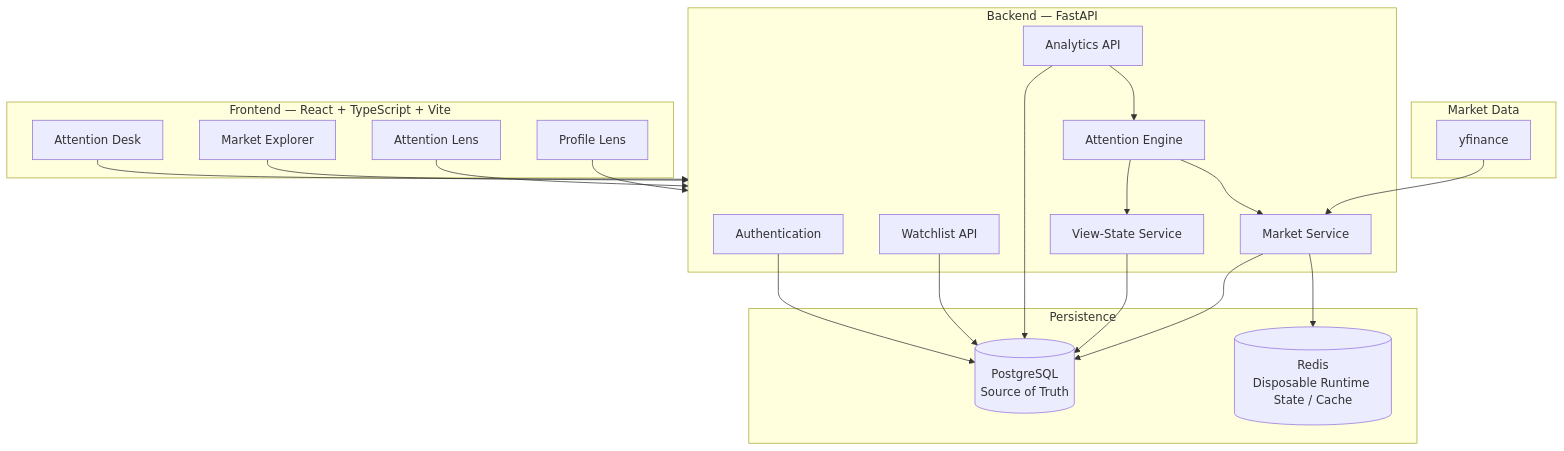
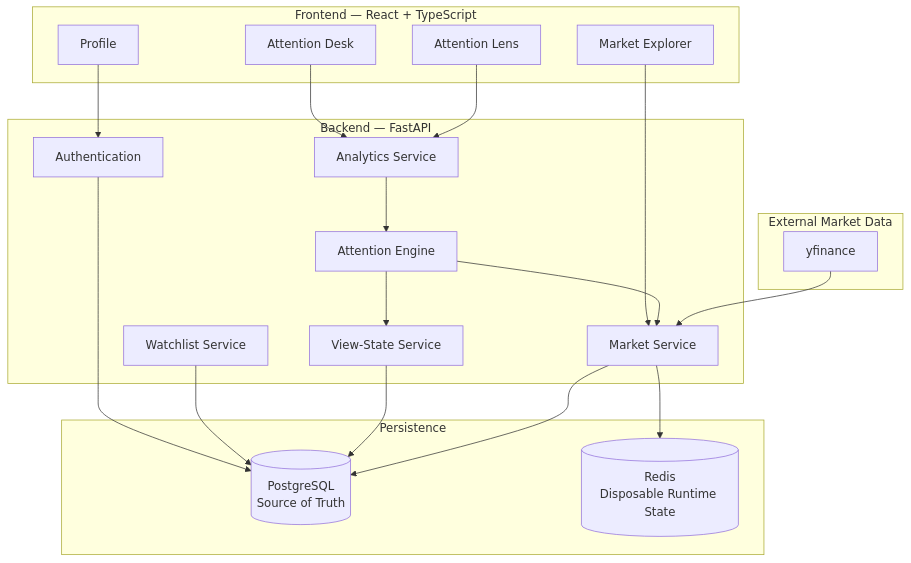
Before and after one commit to Sanjana-1905/smart-watchlist: the second of 5 diagrams in README.md, drawn with Mermaid. The commit also changed other lines of this file, not shown here.

````diff
--- a/README.md
+++ b/README.md
@@ -228,47 +489,46 @@
 ```mermaid
 flowchart TB
 
-    subgraph CLIENT["Frontend — React + TypeScript + Vite"]
-        UI["Attention Desk"]
-        EX["Market Explorer"]
+    subgraph CLIENT["Frontend — React + TypeScript"]
+        DESK["Attention Desk"]
+        EXPLORER["Market Explorer"]
         LENS["Attention Lens"]
-        PROFILE["Profile Lens"]
+        PROFILE["Profile"]
     end
 
-    subgraph API["Backend — FastAPI"]
+    subgraph BACKEND["Backend — FastAPI"]
         AUTH["Authentication"]
-        WATCH["Watchlist API"]
-        ANALYTICS["Analytics API"]
+        WATCH["Watchlist Service"]
+        ANALYTICS["Analytics Service"]
+        ENGINE["Attention Engine"]
         MARKET["Market Service"]
-        ENGINE["Attention Engine"]
         VIEW["View-State Service"]
     end
 
     subgraph DATA["Persistence"]
-        PG[("PostgreSQL\nSource of Truth")]
-        REDIS[("Redis\nDisposable Runtime State / Cache")]
+        PG[("PostgreSQL<br/>Source of Truth")]
+        REDIS[("Redis<br/>Disposable Runtime State")]
     end
 
-    subgraph PROVIDER["Market Data"]
+    subgraph EXTERNAL["External Market Data"]
         YF["yfinance"]
     end
 
-    UI --> API
-    EX --> API
-    LENS --> API
-    PROFILE --> API
+    DESK --> ANALYTICS
+    EXPLORER --> MARKET
+    LENS --> ANALYTICS
+    PROFILE --> AUTH
 
     AUTH --> PG
     WATCH --> PG
+
     ANALYTICS --> ENGINE
-    ANALYTICS --> PG
-
     ENGINE --> MARKET
     ENGINE --> VIEW
 
     VIEW --> PG
     MARKET --> PG
     MARKET --> REDIS
 
     YF --> MARKET
 ```
````
